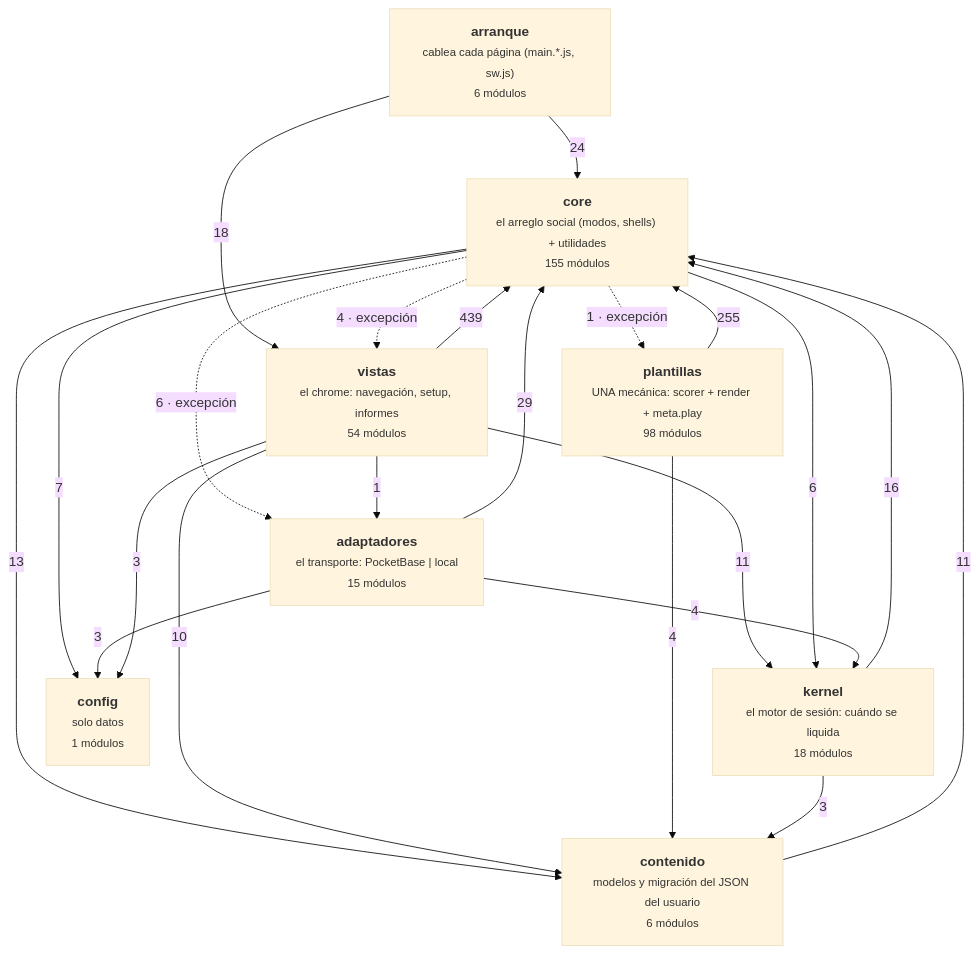
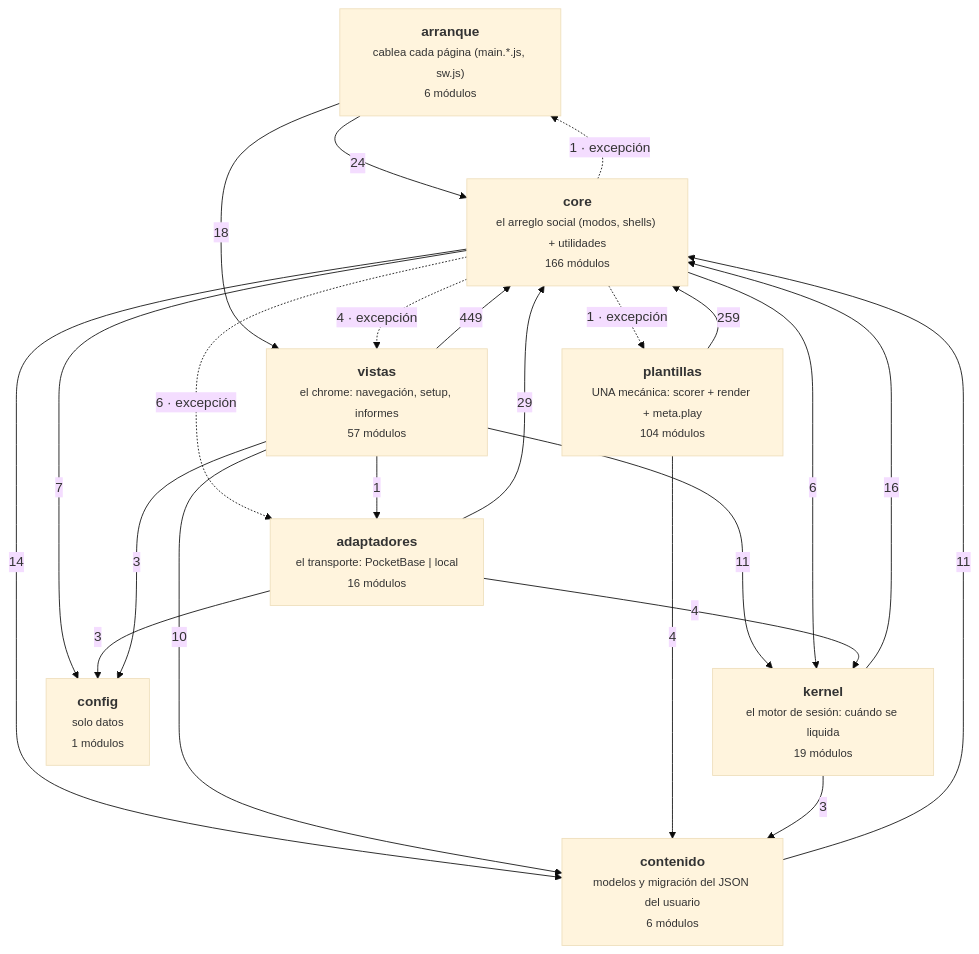
The diagram in docs/arquitectura-modulos.md (duecaz/ac), drawn with Mermaid (base theme) before and after one commit. The commit also changed other lines of this file and 93 other files, not shown here.

````diff
--- a/docs/arquitectura-modulos.md
+++ b/docs/arquitectura-modulos.md
@@ -56,32 +56,33 @@
 ```mermaid
 graph TD
   A["<b>arranque</b><br/><small>cablea cada página (main.*.js, sw.js)</small><br/><small>6 módulos</small>"]
-  V["<b>vistas</b><br/><small>el chrome: navegación, setup, informes</small><br/><small>54 módulos</small>"]
-  AD["<b>adaptadores</b><br/><small>el transporte: PocketBase | local</small><br/><small>15 módulos</small>"]
-  C["<b>core</b><br/><small>el arreglo social (modos, shells) + utilidades</small><br/><small>155 módulos</small>"]
-  K["<b>kernel</b><br/><small>el motor de sesión: cuándo se liquida</small><br/><small>18 módulos</small>"]
-  T["<b>plantillas</b><br/><small>UNA mecánica: scorer + render + meta.play</small><br/><small>98 módulos</small>"]
+  V["<b>vistas</b><br/><small>el chrome: navegación, setup, informes</small><br/><small>57 módulos</small>"]
+  AD["<b>adaptadores</b><br/><small>el transporte: PocketBase | local</small><br/><small>16 módulos</small>"]
+  C["<b>core</b><br/><small>el arreglo social (modos, shells) + utilidades</small><br/><small>166 módulos</small>"]
+  K["<b>kernel</b><br/><small>el motor de sesión: cuándo se liquida</small><br/><small>19 módulos</small>"]
+  T["<b>plantillas</b><br/><small>UNA mecánica: scorer + render + meta.play</small><br/><small>104 módulos</small>"]
   CO["<b>contenido</b><br/><small>modelos y migración del JSON del usuario</small><br/><small>6 módulos</small>"]
   CF["<b>config</b><br/><small>solo datos</small><br/><small>1 módulos</small>"]
-  V -->|439| C
-  T -->|255| C
+  V -->|449| C
+  T -->|259| C
   AD -->|29| C
   A -->|24| C
   A -->|18| V
   K -->|16| C
-  C -->|13| CO
+  C -->|14| CO
   CO -->|11| C
   V -->|11| K
   V -->|10| CO
   C -->|7| CF
   C -->|6| K
   C -.->|6 · excepción| AD
   AD -->|4| K
   C -.->|4 · excepción| V
   T -->|4| CO
   AD -->|3| CF
   K -->|3| CO
   V -->|3| CF
   C -.->|1 · excepción| T
+  C -.->|1 · excepción| A
   V -->|1| AD
 ```
````
